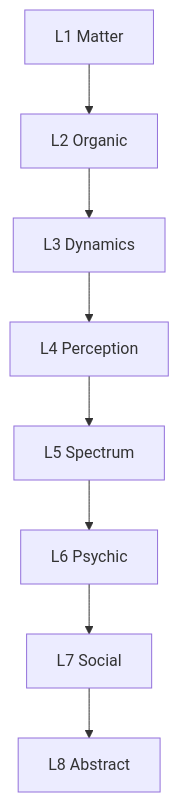
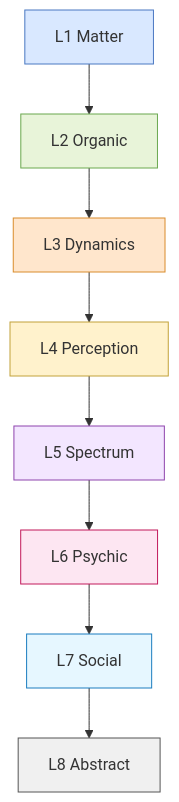
Before and after one commit to sciganec/subit-atlas: the third of 8 diagrams in whitepaper/Whitepaper‑Figures.mmd, drawn with Mermaid. The commit also changed other lines of this file, not shown here.

````diff
--- a/whitepaper/Whitepaper‑Figures.mmd
+++ b/whitepaper/Whitepaper‑Figures.mmd
@@ -42,13 +63,23 @@
 ```mermaid
 graph TD
+
     L1["L1 Matter"]
     L2["L2 Organic"]
     L3["L3 Dynamics"]
     L4["L4 Perception"]
     L5["L5 Spectrum"]
     L6["L6 Psychic"]
     L7["L7 Social"]
     L8["L8 Abstract"]
 
     L1 --> L2 --> L3 --> L4 --> L5 --> L6 --> L7 --> L8
+
+    style L1 fill:#d9e8ff,stroke:#4a78c2
+    style L2 fill:#e8f4d9,stroke:#6aa84f
+    style L3 fill:#ffe6cc,stroke:#d98c2c
+    style L4 fill:#fff2cc,stroke:#c2a23a
+    style L5 fill:#f3e6ff,stroke:#8e44ad
+    style L6 fill:#fde6f2,stroke:#c2185b
+    style L7 fill:#e6f7ff,stroke:#1b7dbf
+    style L8 fill:#f0f0f0,stroke:#555
 ```
````
